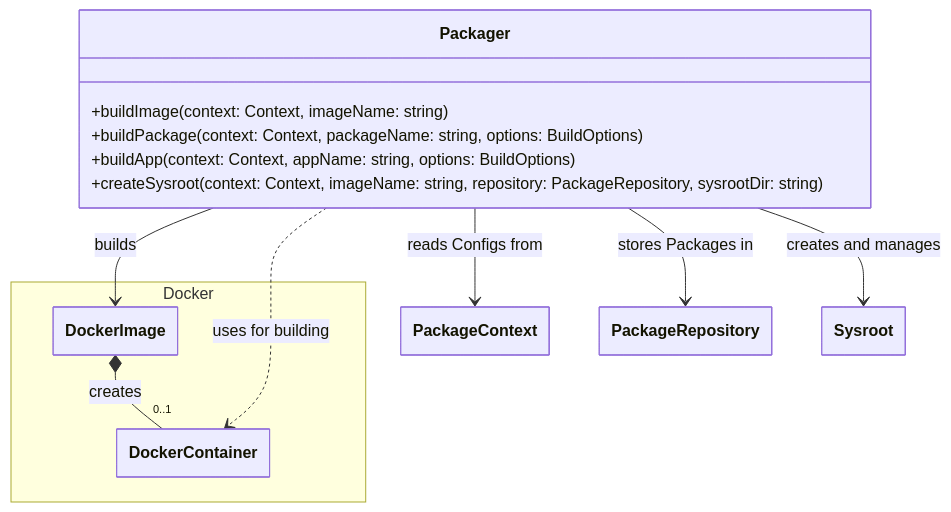
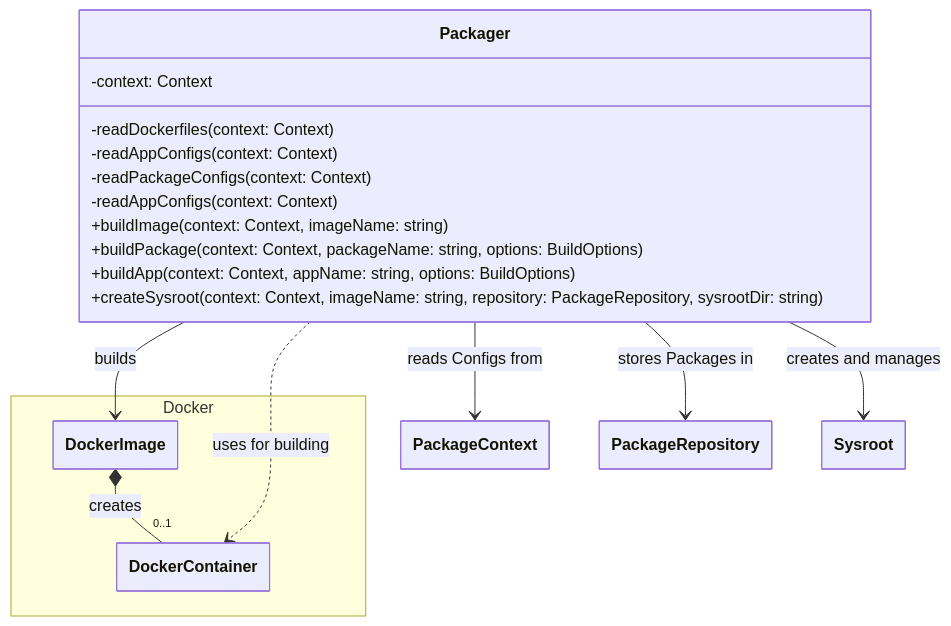
One commit to bacpack-system/bacpack-system.github.io changed the second of 5 diagrams in docs/architecture.md. Above: the diagram before and after it, drawn with Mermaid. The commit also changed other lines of this file and 1 other file, not shown here.

````diff
--- a/docs/architecture.md
+++ b/docs/architecture.md
@@ -77,40 +77,45 @@
 ```mermaid
 ---
   config:
     class:
       hideEmptyMembersBox: true
 ---
 classDiagram
     class Packager {
+      -context: Context
+      -readDockerfiles(context: Context)
+      -readAppConfigs(context: Context)
+      -readPackageConfigs(context: Context)
+      -readAppConfigs(context: Context)
       +buildImage(context: Context, imageName: string)
       +buildPackage(context: Context, packageName: string, options: BuildOptions)
       +buildApp(context: Context, appName: string, options: BuildOptions)
       +createSysroot(context: Context, imageName: string, repository: PackageRepository, sysrootDir: string)
     }
     class PackageContext
 
     namespace Docker {
         class DockerImage
         class DockerContainer
     }
 
     class PackageRepository
 
     %% CORE RELATIONSHIPS
 
     %% Packager uses PackageContext and PackageRepository (Association)
     Packager --> PackageContext : reads Configs from
     Packager --> PackageRepository : stores Packages in
   
     %% Packager builds DockerImage
     Packager --> DockerImage : builds
 
     %% Docker relationships (Composition - container lifecycle tied to image)
     DockerImage *-- "0..1" DockerContainer : creates
 
     %% Packager creates packages through build process (Association)
     Packager ..> DockerContainer : uses for building
 
     %% Packager creates sysroot
     Packager --> Sysroot : creates and manages
 ```
````
